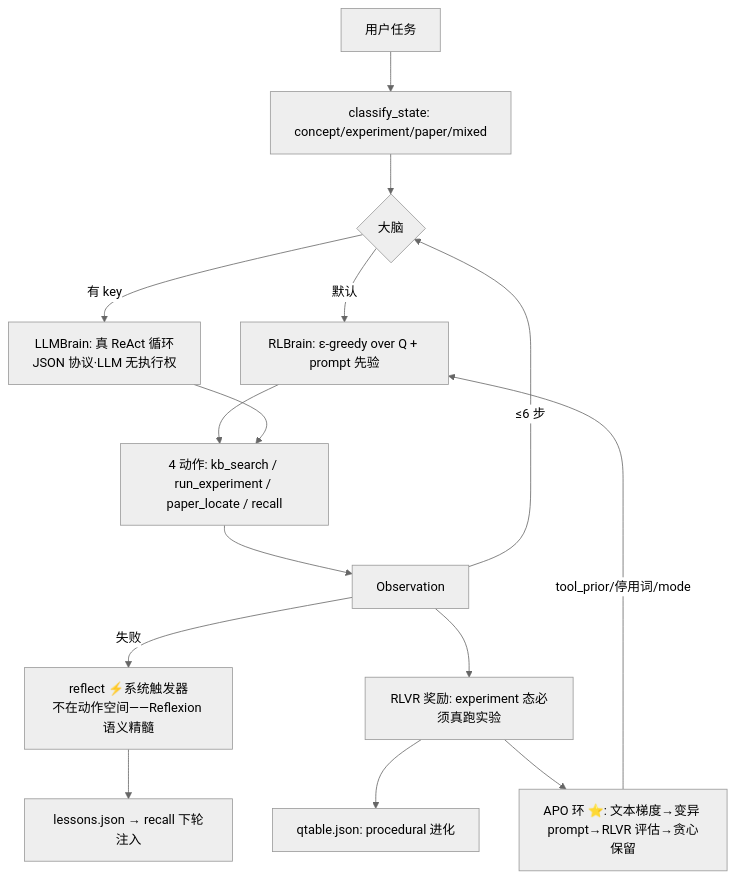
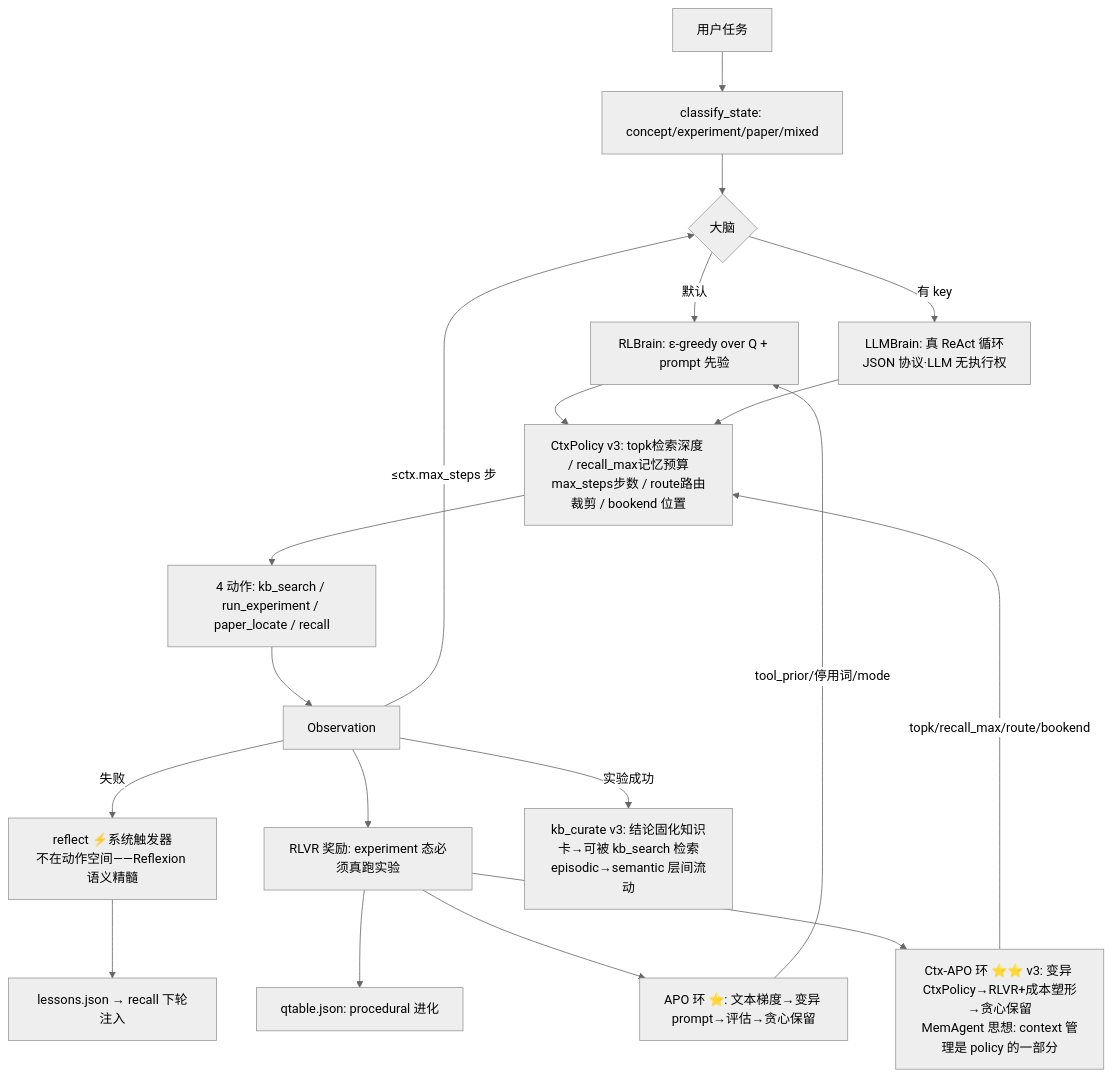
The diagram in 讲透Agent/实战案例-RL领域Agent/README.md (leemiracle/work4ai), drawn with Mermaid (neutral theme) before and after one commit. The commit also changed other lines of this file and 8 other files, not shown here.

````diff
--- a/讲透Agent/实战案例-RL领域Agent/README.md
+++ b/讲透Agent/实战案例-RL领域Agent/README.md
@@ -33,17 +40,21 @@
 ```mermaid
 graph TD
     U[用户任务] --> S[classify_state: concept/experiment/paper/mixed]
     S --> B{大脑}
     B -->|默认| R[RLBrain: ε-greedy over Q + prompt 先验]
     B -->|有 key| L[LLMBrain: 真 ReAct 循环<br/>JSON 协议·LLM 无执行权]
-    R --> A4[4 动作: kb_search / run_experiment / paper_locate / recall]
-    L --> A4
+    R --> CTX[CtxPolicy v3: topk检索深度 / recall_max记忆预算<br/>max_steps步数 / route路由裁剪 / bookend 位置]
+    L --> CTX
+    CTX --> A4[4 动作: kb_search / run_experiment / paper_locate / recall]
     A4 --> O[Observation]
-    O -->|≤6 步| B
+    O -->|≤ctx.max_steps 步| B
     O -->|失败| RF[reflect ⚡系统触发器<br/>不在动作空间——Reflexion 语义精髓]
     RF --> E1[lessons.json → recall 下轮注入]
     O --> RW[RLVR 奖励: experiment 态必须真跑实验]
     RW --> E2[qtable.json: procedural 进化]
-    RW --> APO[APO 环 ⭐: 文本梯度→变异 prompt→RLVR 评估→贪心保留]
+    RW --> APO[APO 环 ⭐: 文本梯度→变异 prompt→评估→贪心保留]
+    RW --> CTXA[Ctx-APO 环 ⭐⭐ v3: 变异 CtxPolicy→RLVR+成本塑形→贪心保留<br/>MemAgent 思想: context 管理是 policy 的一部分]
     APO -->|tool_prior/停用词/mode| R
+    CTXA -->|topk/recall_max/route/bookend| CTX
+    O -->|实验成功| KU[kb_curate v3: 结论固化知识卡→可被 kb_search 检索<br/>episodic→semantic 层间流动]
 ```
````
